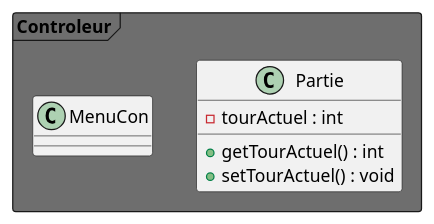
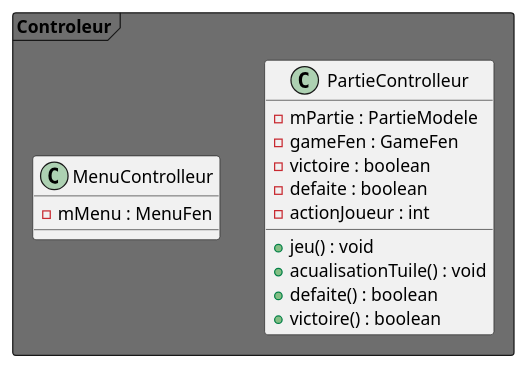
The diagram in UML/Control.puml (Erathriel/Projet_LO43), drawn with PlantUML before and after one commit. The commit also changed 1 other file, not shown here.

```diff
--- a/UML/Control.puml
+++ b/UML/Control.puml
@@ -1,14 +1,20 @@
 @startuml
 
 Package "Controleur" <<Frame>> #6E6E6E {
-    class Partie {
-    - tourActuel : int
-    + getTourActuel() : int
-    + setTourActuel() : void
+    class PartieControlleur {
+        - mPartie : PartieModele
+        - gameFen : GameFen
+        - victoire : boolean
+        - defaite : boolean
+        - actionJoueur : int
+        + jeu() : void
+        + acualisationTuile() : void
+        + defaite() : boolean
+        + victoire() : boolean
     }
-    class MenuCon {
-
+    class MenuControlleur {
+        - mMenu : MenuFen
     }
 }
 
 @enduml
```
